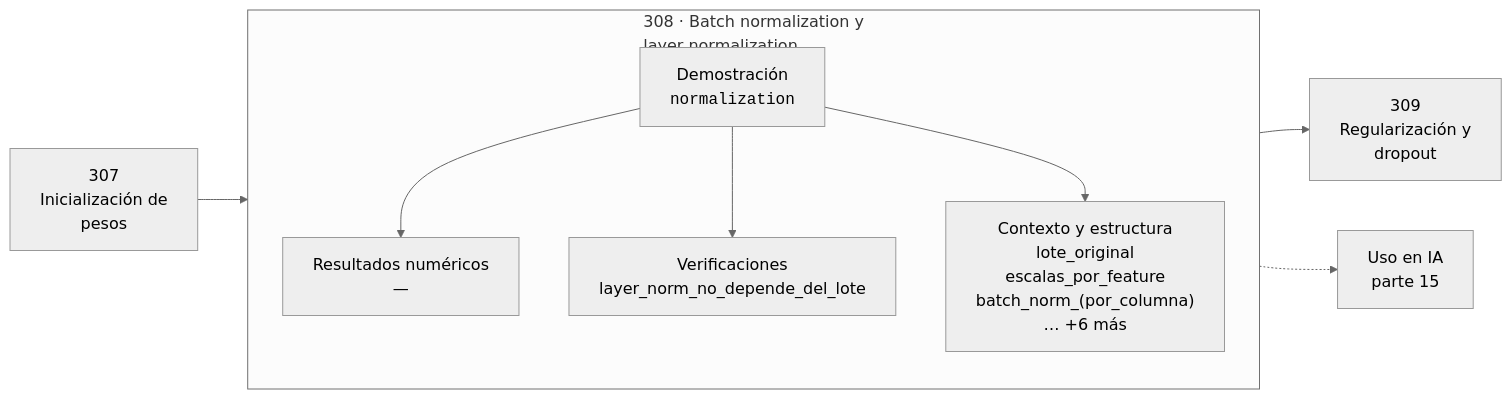
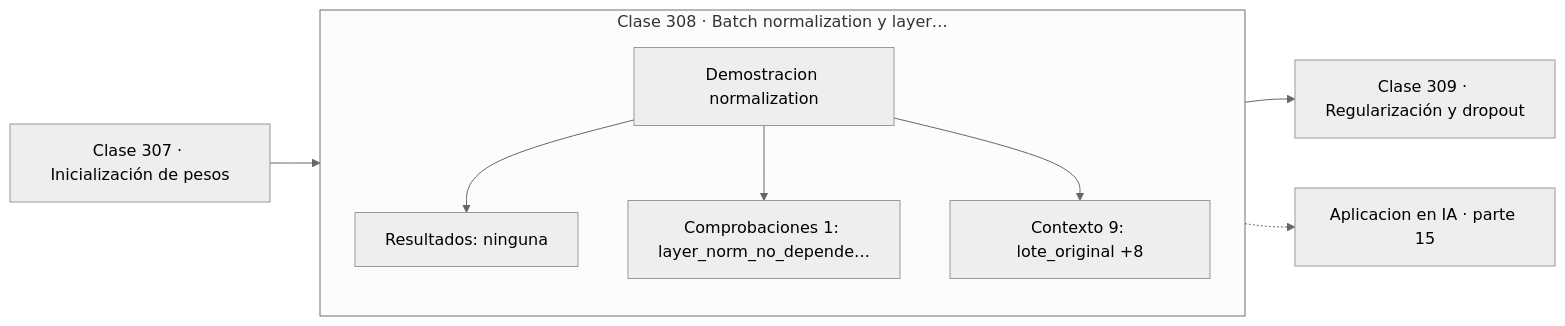
One commit to vladimiracunadev-create/computational-mathematics-program changed the diagram in classes/part-15-matematica-de-deep-learning/308-batch-normalization-y-layer-normalization/README.md. Above: the diagram before and after it, drawn with Mermaid (neutral theme). The commit also changed 389 other files, not shown here.

First line of the commit message:
fix(diagramas): elimina el HTML de las etiquetas Mermaid

````diff
--- a/classes/part-15-matematica-de-deep-learning/308-batch-normalization-y-layer-normalization/README.md
+++ b/classes/part-15-matematica-de-deep-learning/308-batch-normalization-y-layer-normalization/README.md
@@ -30,12 +30,13 @@
 ```mermaid
 flowchart LR
-    P["307<br/>Inicialización de<br/>pesos"] --> C
-    subgraph C["308 · Batch normalization y<br/>layer normalization"]
+    P["Clase 307 · Inicialización de pesos"] --> D
+    subgraph CLASE["Clase 308 · Batch normalization y layer…"]
         direction TB
-        D["Demostración<br/><code>normalization</code>"] --> R["Resultados numéricos<br/>—"]
-        D --> V["Verificaciones<br/>layer_norm_no_depende_del_lote"]
-        D --> O["Contexto y estructura<br/>lote_original<br/>escalas_por_feature<br/>batch_norm_(por_columna)<br/>… +6 más"]
+        D["Demostracion normalization"]
+        D --> R["Resultados: ninguna"]
+        D --> V["Comprobaciones 1: layer_norm_no_depende…"]
+        D --> O["Contexto 9: lote_original +8"]
     end
-    C --> N["309<br/>Regularización y<br/>dropout"]
-    C -.-> IA["Uso en IA<br/>parte 15"]
+    R --> N["Clase 309 · Regularización y dropout"]
+    V -.-> IA["Aplicacion en IA · parte 15"]
 ```
````
